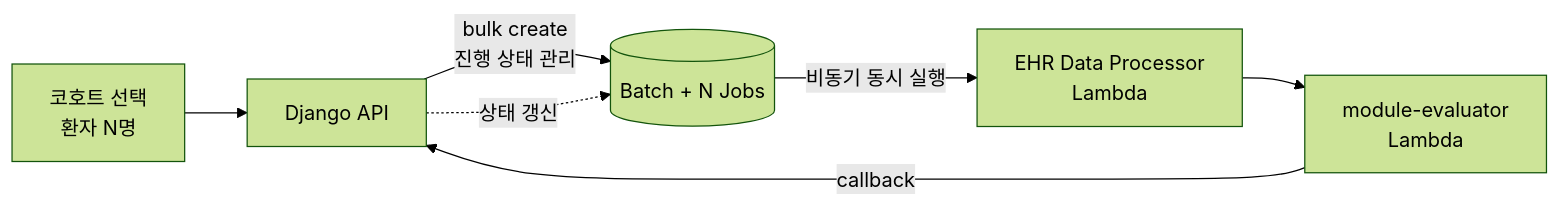
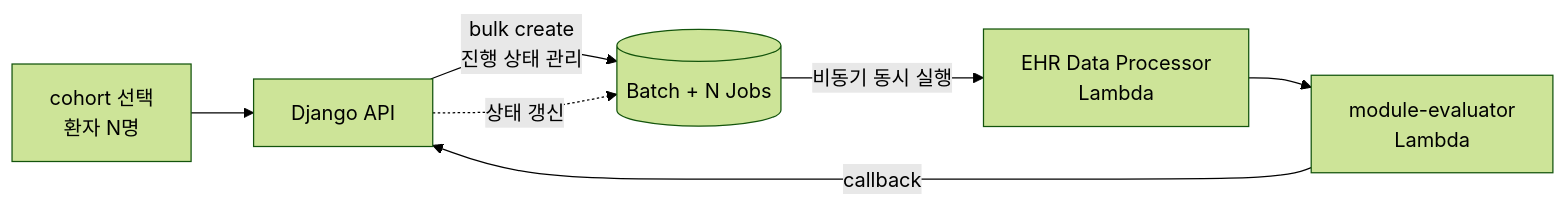
One commit to texasroh/texasroh.github.io changed the fourth of 6 diagrams in _portfolio/portfolio.md. Above: the diagram before and after it, drawn with Mermaid (forest theme). The commit also changed other lines of this file, not shown here.

Commit message:
docs(portfolio): use English 'cohort' instead of 코호트 throughout

````diff
--- a/_portfolio/portfolio.md
+++ b/_portfolio/portfolio.md
@@ -175,9 +175,9 @@
 ```mermaid
 flowchart LR
-    Cohort["코호트 선택<br/>환자 N명"] --> API[Django API]
+    Cohort["cohort 선택<br/>환자 N명"] --> API[Django API]
     API -->|"bulk create<br/>진행 상태 관리"| Batch[("Batch + N Jobs")]
     Batch -->|"비동기 동시 실행"| EHR["EHR Data Processor<br/>Lambda"]
     EHR --> Evaluator["module-evaluator<br/>Lambda"]
     Evaluator -->|callback| API
     API -.->|상태 갱신| Batch
 ```
````
